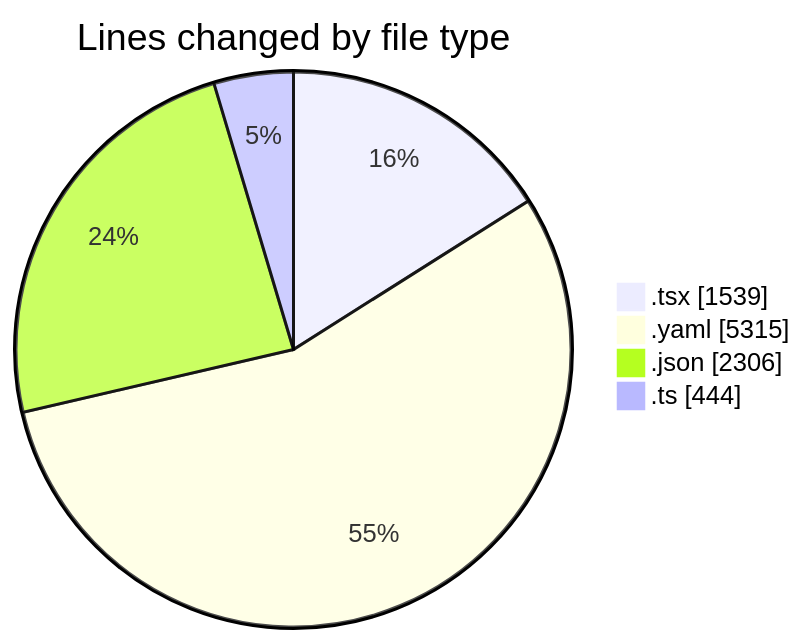
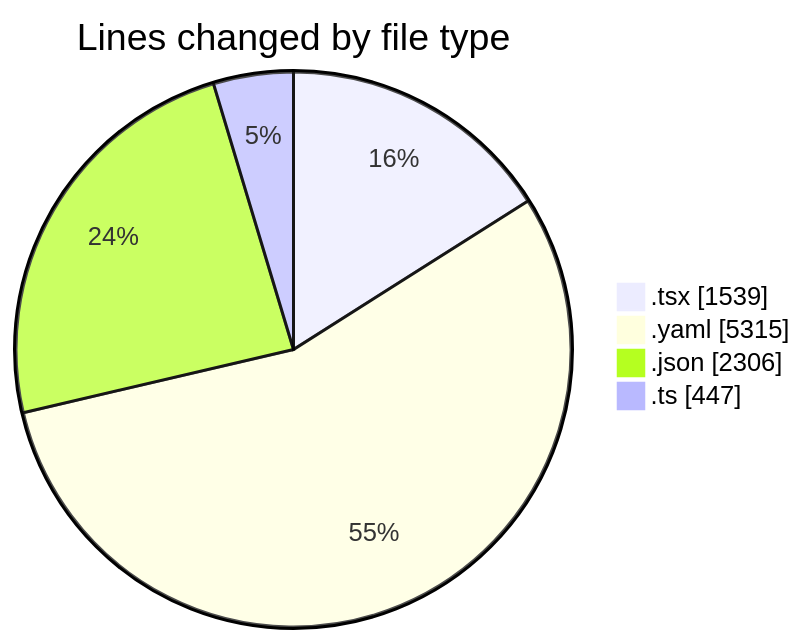
The first of 2 diagrams in 2025-11-07/eventscop-frontend-guide__workspace_/README.md (julien-gomy/code-tracking), drawn with Mermaid before and after one commit. The commit also changed other lines of this file and 1 other file, not shown here.

````diff
--- a/2025-11-07/eventscop-frontend-guide__workspace_/README.md
+++ b/2025-11-07/eventscop-frontend-guide__workspace_/README.md
@@ -43,8 +43,8 @@
 ```mermaid
 pie showData
 title Lines changed by file type
 ".tsx" : 1539
 ".yaml" : 5315
 ".json" : 2306
-".ts" : 444
+".ts" : 447
 ```
````
